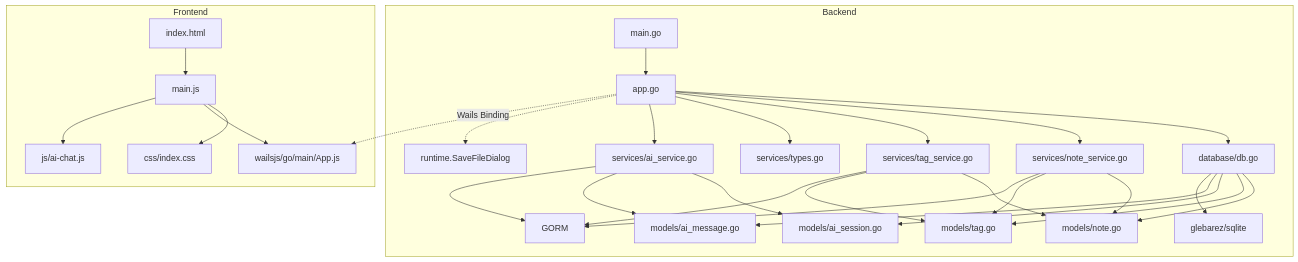
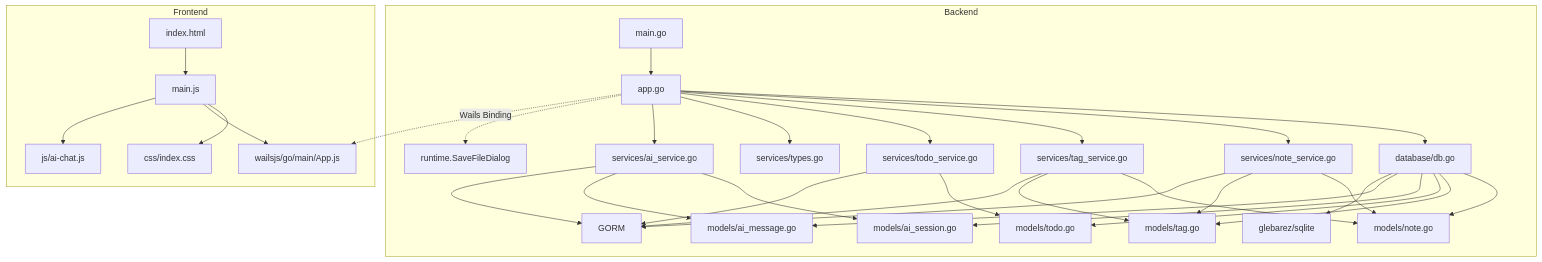
The diagram in AGENTS.md (QiaoMuDe/jot), drawn with Mermaid before and after one commit. The commit also changed other lines of this file and 3 other files, not shown here.

````diff
--- a/AGENTS.md
+++ b/AGENTS.md
@@ -271,35 +281,39 @@
 ```mermaid
 graph TD
     subgraph Backend
         A[main.go] --> B[app.go]
         B --> C[database/db.go]
         B --> D[services/note_service.go]
         B --> E[services/tag_service.go]
+        B --> TD[services/todo_service.go]
         B --> F[services/types.go]
         B --> AI[services/ai_service.go]
         C --> G[models/note.go]
         C --> H[models/tag.go]
+        C --> TD2[models/todo.go]
         C --> I[models/ai_session.go]
         C --> J[models/ai_message.go]
         D --> G
         D --> H
         E --> G
         E --> H
+        TD --> TD2
         AI --> I
         AI --> J
         C --> K[glebarez/sqlite]
         D --> L[GORM]
         E --> L
+        TD --> L
         AI --> L
         B -.-> M[runtime.SaveFileDialog]
     end
 
     subgraph Frontend
         N[index.html] --> O[main.js]
         O --> P[css/index.css]
         O --> Q[wailsjs/go/main/App.js]
         O --> R[js/ai-chat.js]
     end
 
     B -.->|Wails Binding| Q
 ```
````
